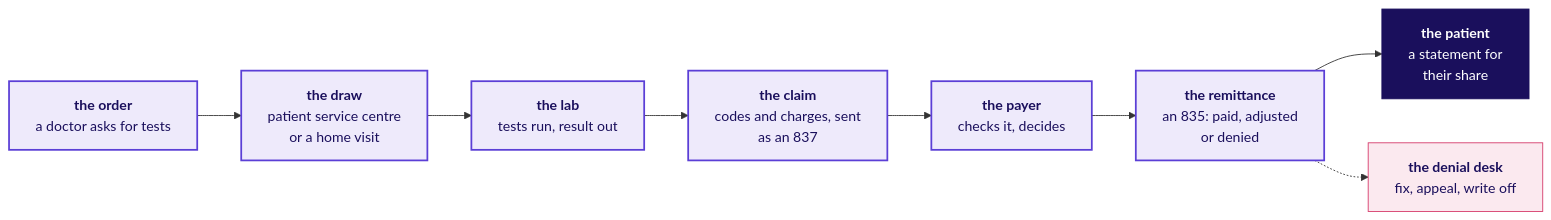
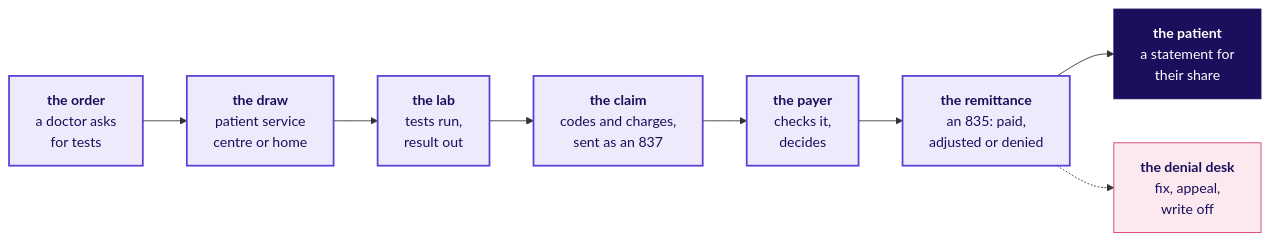
The first of 5 diagrams in content/W03/D1/study-notes/C2_W03_D01_domain_us_healthcare_STUDENT.md (fde-academy-lab/c2-content-factory), drawn with Mermaid before and after one commit. The commit also changed other lines of this file, not shown here.

````diff
--- a/content/W03/D1/study-notes/C2_W03_D01_domain_us_healthcare_STUDENT.md
+++ b/content/W03/D1/study-notes/C2_W03_D01_domain_us_healthcare_STUDENT.md
@@ -17,16 +21,16 @@
 ```mermaid
 flowchart LR
-    ORD["<b>the order</b><br/>a doctor asks for tests"] --> PSC["<b>the draw</b><br/>patient service centre<br/>or a home visit"]
-    PSC --> LAB["<b>the lab</b><br/>tests run, result out"]
-    LAB --> CLM["<b>the claim</b><br/>codes and charges, sent<br/>as an 837"]
-    CLM --> PAY["<b>the payer</b><br/>checks it, decides"]
-    PAY --> REM["<b>the remittance</b><br/>an 835: paid, adjusted<br/>or denied"]
+    ORD["<b>the order</b><br/>a doctor asks<br/>for tests"] --> PSC["<b>the draw</b><br/>patient service<br/>centre or home"]
+    PSC --> LAB["<b>the lab</b><br/>tests run,<br/>result out"]
+    LAB --> CLM["<b>the claim</b><br/>codes and charges,<br/>sent as an 837"]
+    CLM --> PAY["<b>the payer</b><br/>checks it,<br/>decides"]
+    PAY --> REM["<b>the remittance</b><br/>an 835: paid,<br/>adjusted or denied"]
     REM --> PAT["<b>the patient</b><br/>a statement for<br/>their share"]
-    REM -.-> DEN["<b>the denial desk</b><br/>fix, appeal, write off"]
+    REM -.-> DEN["<b>the denial desk</b><br/>fix, appeal,<br/>write off"]
     classDef known fill:#EEEAFB,stroke:#5B3FD6,color:#1A0F5C,stroke-width:2px
     classDef bad fill:#FBE9EF,stroke:#D63A6A,color:#1A0F5C
     classDef dark fill:#1A0F5C,stroke:#1A0F5C,color:#FFFFFF
     class ORD,PSC,LAB,CLM,PAY,REM known
     class DEN bad
     class PAT dark
 ```
````
